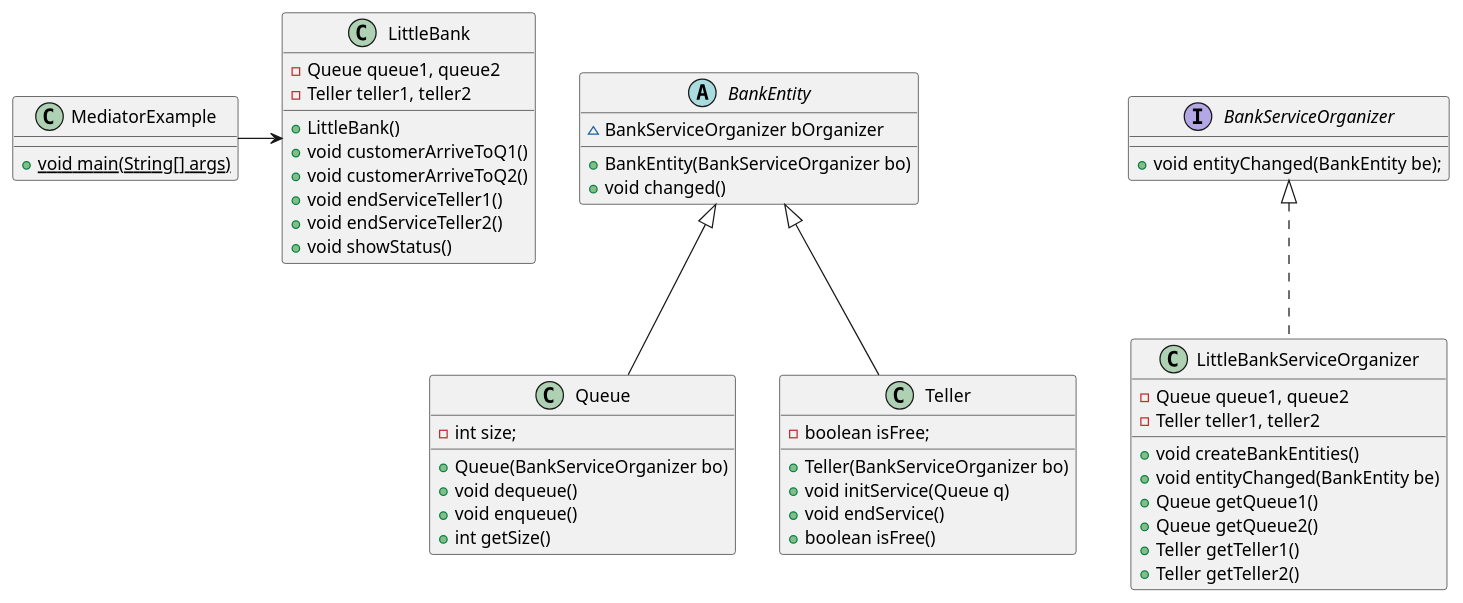
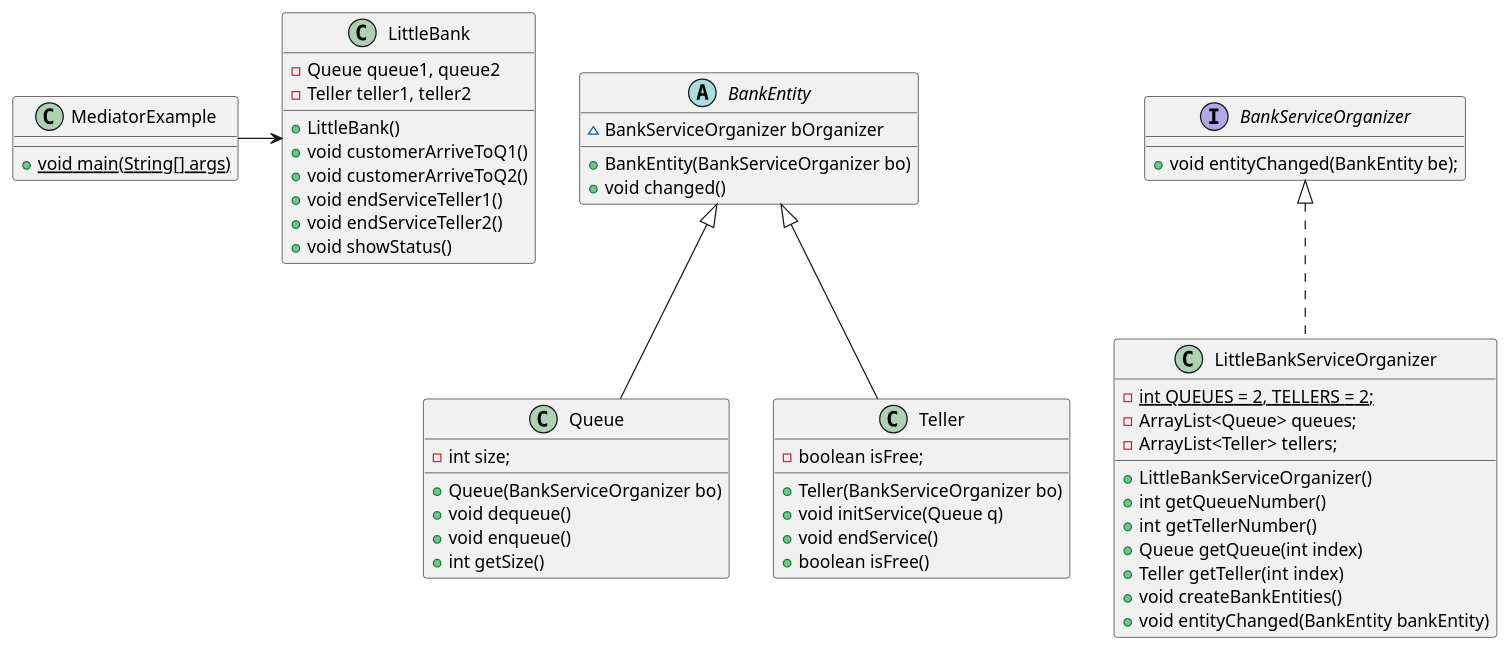
One commit to BeqaKhaburdzania/FreeUni-SDP-2013-Lab-UML changed the diagram in Mediator/uml/MediatorClassDiagram.puml. Above: the diagram before and after it, drawn with PlantUML.

Commit message:
Updated UML

```diff
--- a/Mediator/uml/MediatorClassDiagram.puml
+++ b/Mediator/uml/MediatorClassDiagram.puml
@@ -1,57 +1,60 @@
 @startuml
 
 class MediatorExample {
     + {static} void main(String[] args)
 }
 
 abstract class BankEntity {
     ~ BankServiceOrganizer bOrganizer
     + BankEntity(BankServiceOrganizer bo)
     + void changed()
 }
 
 interface BankServiceOrganizer {
     + void entityChanged(BankEntity be);
 }
 
 class LittleBank {
     - Queue queue1, queue2
     - Teller teller1, teller2
     + LittleBank()
     + void customerArriveToQ1()
     + void customerArriveToQ2()
     + void endServiceTeller1()
     + void endServiceTeller2()
     + void showStatus()
 }
 
 class LittleBankServiceOrganizer implements BankServiceOrganizer {
-    - Queue queue1, queue2
-    - Teller teller1, teller2
+    -{static} int QUEUES = 2, TELLERS = 2;
+    - ArrayList<Queue> queues;
+    - ArrayList<Teller> tellers;
+
+    + LittleBankServiceOrganizer()
+    + int getQueueNumber()
+    + int getTellerNumber()
+    + Queue getQueue(int index)
+    + Teller getTeller(int index)
     + void createBankEntities()
-    + void entityChanged(BankEntity be)
-    + Queue getQueue1()
-    + Queue getQueue2()
-    + Teller getTeller1()
-    + Teller getTeller2()
+    + void entityChanged(BankEntity bankEntity)
 }
 
 class Queue extends BankEntity {
     - int size;
     + Queue(BankServiceOrganizer bo)
     + void dequeue()
     + void enqueue()
     + int getSize()
 }
 
 class Teller extends BankEntity {
     - boolean isFree;
     + Teller(BankServiceOrganizer bo)
     + void initService(Queue q)
     + void endService()
     + boolean isFree()
 }
 
 MediatorExample -> LittleBank
 
 @enduml
```
